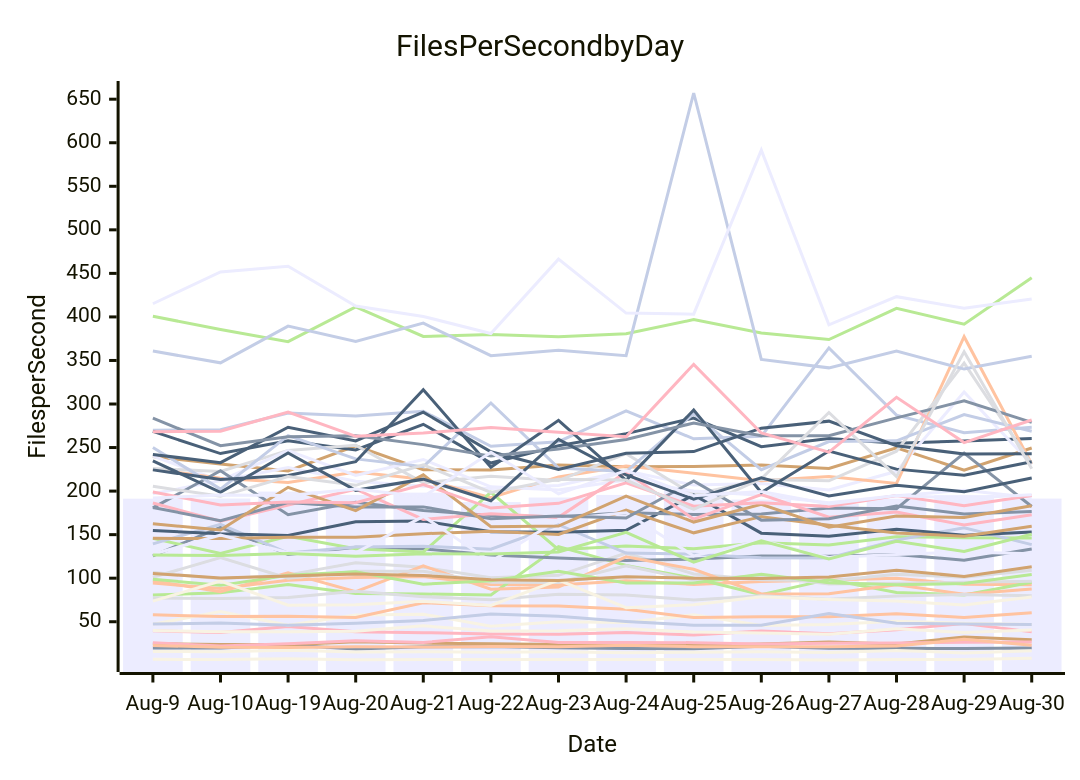
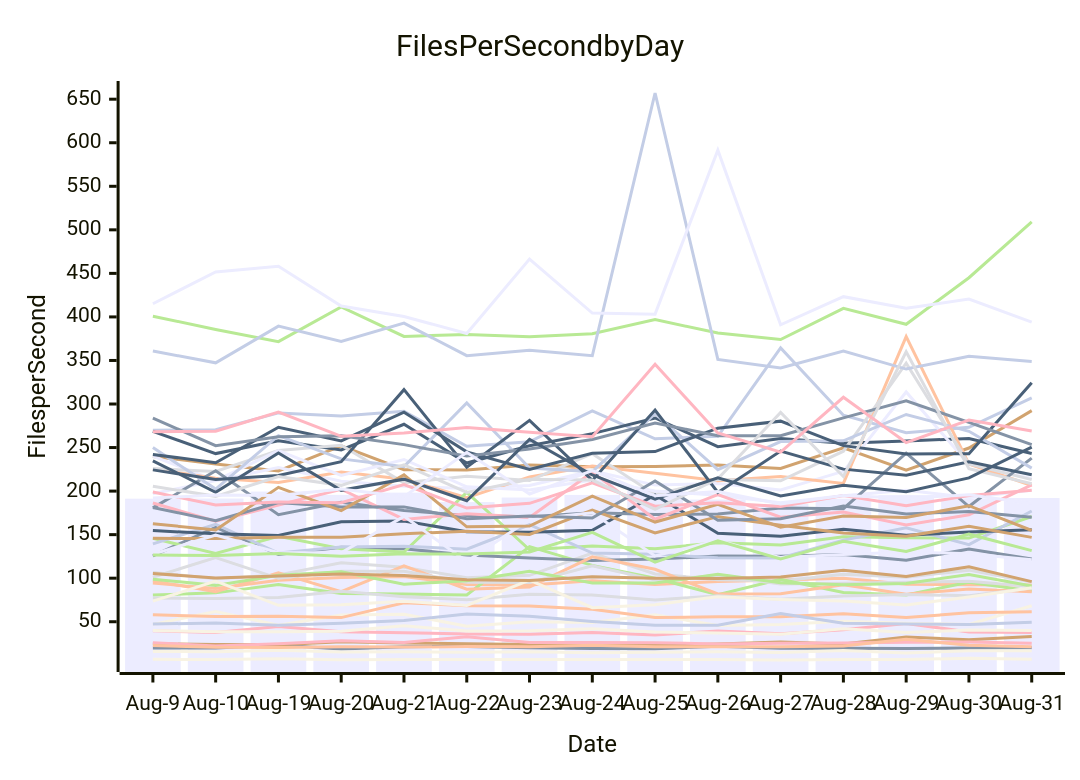
One commit to streetsidesoftware/cspell changed the diagram in perf-report.md. Above: the diagram before and after it, drawn with Mermaid. The commit also changed other lines of this file and 2 other files, not shown here.

````diff
--- a/perf-report.md
+++ b/perf-report.md
@@ -11,57 +11,57 @@
 ```mermaid
 xychart-beta
     title Files Per Second by Day
     y-axis Files per Second
-    x-axis Date [Aug-9, Aug-10, Aug-19, Aug-20, Aug-21, Aug-22, Aug-23, Aug-24, Aug-25, Aug-26, Aug-27, Aug-28, Aug-29, Aug-30]
-    bar [191.27, 191.48, 199.45, 195.67, 198.22, 187.40, 192.61, 195.61, 200.69, 190.24, 185.15, 191.23, 195.37, 191.39]
-    line [19.76, 19.87, 23.15, 18.80, 21.30, 21.70, 20.11, 19.24, 18.97, 21.74, 19.44, 19.50, 19.20, 19.98]
-    line [94.45, 88.13, 97.66, 100.71, 101.93, 92.80, 92.11, 97.07, 92.83, 96.14, 97.78, 99.79, 92.99, 92.61]
-    line [106.66, 99.38, 103.80, 117.71, 112.47, 100.50, 103.30, 128.71, 104.89, 98.28, 96.78, 104.60, 101.13, 109.23]
-    line [80.61, 83.15, 92.81, 82.44, 81.86, 80.75, 136.22, 114.72, 99.92, 81.00, 98.60, 83.62, 80.81, 95.31]
-    line [239.79, 231.09, 223.10, 252.00, 224.60, 224.17, 230.06, 227.93, 228.22, 229.99, 225.97, 249.68, 224.12, 249.45]
-    line [269.81, 270.47, 289.77, 286.14, 291.59, 251.52, 256.69, 292.19, 260.02, 262.94, 364.38, 287.21, 267.07, 273.26]
-    line [39.52, 37.52, 44.46, 38.46, 37.42, 35.96, 35.65, 37.61, 34.82, 39.47, 36.12, 40.86, 48.01, 38.35]
-    line [268.54, 243.09, 257.77, 247.18, 276.72, 232.23, 252.08, 266.01, 283.94, 251.01, 260.27, 254.92, 257.60, 260.42]
-    line [6.78, 6.60, 7.51, 6.38, 6.72, 6.55, 6.77, 6.55, 6.58, 6.64, 6.06, 6.53, 6.57, 8.03]
-    line [240.17, 211.99, 227.00, 211.38, 205.51, 203.10, 206.43, 223.33, 206.89, 208.72, 201.20, 222.72, 313.85, 230.65]
-    line [125.68, 158.27, 127.25, 135.61, 133.76, 126.70, 123.28, 120.42, 121.90, 125.42, 125.26, 127.33, 120.64, 133.49]
-    line [225.24, 214.74, 210.02, 221.88, 213.58, 192.56, 216.27, 228.68, 220.47, 211.98, 216.89, 208.83, 377.28, 231.14]
-    line [225.91, 222.58, 246.74, 252.74, 209.47, 217.12, 212.13, 242.98, 195.81, 213.43, 211.78, 245.83, 346.89, 231.16]
-    line [145.75, 128.32, 148.05, 133.76, 130.09, 198.58, 132.66, 136.89, 133.84, 140.74, 138.14, 147.54, 146.55, 146.02]
-    line [24.65, 23.72, 23.68, 26.94, 25.51, 24.79, 23.76, 23.53, 22.75, 24.32, 26.78, 24.44, 32.43, 29.19]
-    line [139.45, 161.93, 128.87, 135.71, 136.66, 133.36, 161.38, 128.87, 127.62, 123.35, 123.11, 143.71, 157.94, 138.50]
-    line [25.95, 22.03, 24.86, 28.29, 26.21, 32.71, 26.20, 26.09, 26.00, 24.43, 25.37, 25.72, 26.51, 26.59]
-    line [154.75, 150.93, 149.02, 164.86, 165.64, 153.35, 152.64, 155.02, 195.52, 151.70, 148.17, 156.31, 149.39, 153.11]
-    line [15.80, 15.53, 17.25, 15.28, 15.49, 14.84, 15.46, 14.39, 15.01, 15.63, 14.69, 17.08, 14.10, 16.71]
-    line [196.97, 211.99, 246.59, 218.10, 236.31, 204.94, 201.38, 212.81, 200.01, 195.34, 186.50, 194.59, 201.00, 192.78]
-    line [180.75, 223.35, 172.94, 187.16, 177.68, 172.01, 170.49, 175.09, 173.22, 173.59, 180.48, 179.74, 243.56, 182.28]
-    line [96.93, 84.41, 106.12, 84.61, 114.12, 87.31, 89.99, 124.55, 110.24, 81.92, 82.24, 92.49, 81.67, 87.59]
-    line [77.16, 76.75, 77.91, 84.91, 78.76, 75.34, 81.46, 80.77, 74.97, 79.78, 75.90, 79.64, 81.40, 79.85]
-    line [400.74, 385.62, 371.65, 411.46, 377.61, 379.88, 377.18, 380.64, 396.91, 381.52, 374.08, 409.79, 391.59, 445.01]
-    line [145.79, 145.58, 147.10, 147.08, 151.07, 153.94, 150.27, 178.09, 152.08, 170.66, 160.71, 152.01, 148.28, 159.68]
-    line [249.96, 202.34, 263.67, 236.99, 228.06, 301.20, 226.40, 222.40, 289.06, 224.56, 256.87, 257.70, 287.97, 268.68]
-    line [186.27, 165.43, 184.07, 202.12, 167.51, 173.85, 169.85, 221.75, 167.75, 195.90, 170.00, 175.89, 161.05, 172.78]
-    line [224.37, 213.27, 217.89, 233.79, 316.48, 227.32, 281.23, 212.31, 293.11, 198.49, 245.94, 225.24, 218.17, 233.60]
-    line [47.00, 61.84, 45.89, 57.63, 58.67, 44.77, 49.92, 49.06, 57.90, 45.60, 46.71, 50.51, 48.37, 46.85]
-    line [127.47, 149.55, 129.16, 129.10, 170.99, 119.13, 167.47, 175.06, 125.57, 143.51, 123.67, 127.21, 130.16, 128.18]
-    line [181.18, 166.12, 186.93, 181.85, 181.88, 168.34, 171.35, 169.12, 211.70, 166.64, 168.34, 182.86, 173.63, 176.66]
-    line [57.90, 56.15, 56.35, 54.76, 71.89, 68.47, 68.09, 64.39, 54.76, 55.64, 55.71, 59.28, 54.85, 60.20]
-    line [101.07, 123.80, 99.87, 108.06, 107.98, 95.34, 94.96, 114.12, 97.84, 103.09, 93.25, 94.27, 95.28, 96.54]
-    line [98.84, 91.76, 103.43, 107.49, 93.08, 97.11, 107.90, 94.53, 94.47, 104.38, 94.67, 92.38, 93.95, 104.17]
-    line [162.48, 155.40, 204.32, 177.59, 218.64, 159.00, 159.79, 194.26, 164.45, 184.75, 158.60, 171.47, 169.60, 183.25]
-    line [360.76, 347.31, 389.41, 371.89, 392.82, 355.53, 361.83, 355.43, 657.12, 351.25, 341.51, 360.76, 340.11, 354.77]
-    line [198.91, 184.05, 187.41, 186.67, 207.48, 180.49, 185.92, 209.38, 182.67, 186.49, 182.43, 194.97, 183.27, 194.85]
-    line [242.10, 232.62, 273.32, 257.69, 290.62, 245.10, 224.83, 243.49, 245.36, 272.30, 280.33, 252.18, 242.64, 242.97]
-    line [73.60, 96.61, 68.89, 69.48, 73.38, 68.77, 97.84, 66.15, 69.59, 78.77, 75.57, 73.80, 69.15, 78.35]
-    line [415.14, 451.69, 458.22, 412.53, 400.53, 380.98, 466.37, 404.40, 403.18, 591.49, 390.96, 423.25, 409.89, 420.57]
-    line [283.77, 252.09, 262.36, 263.68, 253.37, 240.18, 248.22, 259.20, 278.18, 263.50, 263.68, 284.05, 303.63, 278.91]
-    line [22.84, 20.59, 20.47, 21.22, 20.90, 21.42, 21.40, 22.88, 21.36, 21.22, 21.19, 22.04, 29.75, 23.02]
-    line [205.56, 193.98, 216.67, 206.61, 230.20, 198.53, 213.69, 212.64, 179.07, 214.07, 290.22, 216.81, 359.94, 225.73]
-    line [126.64, 126.17, 128.45, 125.27, 127.94, 127.77, 130.20, 152.67, 118.34, 143.02, 122.15, 142.33, 130.77, 150.54]
-    line [105.46, 100.11, 102.43, 104.89, 103.21, 98.21, 97.36, 101.78, 100.00, 99.58, 101.28, 109.08, 102.06, 113.06]
-    line [47.26, 48.66, 46.00, 48.26, 51.42, 58.83, 56.30, 50.38, 45.97, 45.91, 59.43, 48.16, 47.53, 46.75]
-    line [268.09, 268.70, 290.78, 262.94, 266.60, 272.93, 267.45, 262.37, 345.57, 266.69, 244.68, 307.76, 255.74, 281.64]
-    line [234.76, 198.61, 243.75, 200.90, 213.71, 188.91, 259.37, 218.53, 190.79, 215.33, 194.36, 206.72, 199.24, 215.14]
-    line [39.98, 38.63, 38.64, 39.11, 45.24, 39.50, 39.66, 42.07, 38.23, 36.94, 35.58, 41.81, 37.53, 40.57]
-    line [192.03, 195.48, 194.87, 202.54, 193.62, 244.63, 196.70, 223.56, 194.58, 199.46, 185.25, 194.89, 191.72, 195.81]
+    x-axis Date [Aug-9, Aug-10, Aug-19, Aug-20, Aug-21, Aug-22, Aug-23, Aug-24, Aug-25, Aug-26, Aug-27, Aug-28, Aug-29, Aug-30, Aug-31]
+    bar [191.27, 191.48, 199.45, 195.67, 198.22, 187.40, 192.61, 195.61, 200.69, 190.24, 185.15, 191.23, 195.37, 191.39, 192.02]
+    line [19.76, 19.87, 23.15, 18.80, 21.30, 21.70, 20.11, 19.24, 18.97, 21.74, 19.44, 19.50, 19.20, 19.98, 20.11]
+    line [94.45, 88.13, 97.66, 100.71, 101.93, 92.80, 92.11, 97.07, 92.83, 96.14, 97.78, 99.79, 92.99, 92.61, 92.32]
+    line [106.66, 99.38, 103.80, 117.71, 112.47, 100.50, 103.30, 128.71, 104.89, 98.28, 96.78, 104.60, 101.13, 109.23, 95.45]
+    line [80.61, 83.15, 92.81, 82.44, 81.86, 80.75, 136.22, 114.72, 99.92, 81.00, 98.60, 83.62, 80.81, 95.31, 85.20]
+    line [239.79, 231.09, 223.10, 252.00, 224.60, 224.17, 230.06, 227.93, 228.22, 229.99, 225.97, 249.68, 224.12, 249.45, 292.39]
+    line [269.81, 270.47, 289.77, 286.14, 291.59, 251.52, 256.69, 292.19, 260.02, 262.94, 364.38, 287.21, 267.07, 273.26, 306.93]
+    line [39.52, 37.52, 44.46, 38.46, 37.42, 35.96, 35.65, 37.61, 34.82, 39.47, 36.12, 40.86, 48.01, 38.35, 37.65]
+    line [268.54, 243.09, 257.77, 247.18, 276.72, 232.23, 252.08, 266.01, 283.94, 251.01, 260.27, 254.92, 257.60, 260.42, 243.17]
+    line [6.78, 6.60, 7.51, 6.38, 6.72, 6.55, 6.77, 6.55, 6.58, 6.64, 6.06, 6.53, 6.57, 8.03, 6.79]
+    line [240.17, 211.99, 227.00, 211.38, 205.51, 203.10, 206.43, 223.33, 206.89, 208.72, 201.20, 222.72, 313.85, 230.65, 214.26]
+    line [125.68, 158.27, 127.25, 135.61, 133.76, 126.70, 123.28, 120.42, 121.90, 125.42, 125.26, 127.33, 120.64, 133.49, 121.99]
+    line [225.24, 214.74, 210.02, 221.88, 213.58, 192.56, 216.27, 228.68, 220.47, 211.98, 216.89, 208.83, 377.28, 231.14, 206.45]
+    line [225.91, 222.58, 246.74, 252.74, 209.47, 217.12, 212.13, 242.98, 195.81, 213.43, 211.78, 245.83, 346.89, 231.16, 213.21]
+    line [145.75, 128.32, 148.05, 133.76, 130.09, 198.58, 132.66, 136.89, 133.84, 140.74, 138.14, 147.54, 146.55, 146.02, 170.88]
+    line [24.65, 23.72, 23.68, 26.94, 25.51, 24.79, 23.76, 23.53, 22.75, 24.32, 26.78, 24.44, 32.43, 29.19, 32.91]
+    line [139.45, 161.93, 128.87, 135.71, 136.66, 133.36, 161.38, 128.87, 127.62, 123.35, 123.11, 143.71, 157.94, 138.50, 177.17]
+    line [25.95, 22.03, 24.86, 28.29, 26.21, 32.71, 26.20, 26.09, 26.00, 24.43, 25.37, 25.72, 26.51, 26.59, 25.17]
+    line [154.75, 150.93, 149.02, 164.86, 165.64, 153.35, 152.64, 155.02, 195.52, 151.70, 148.17, 156.31, 149.39, 153.11, 155.75]
+    line [15.80, 15.53, 17.25, 15.28, 15.49, 14.84, 15.46, 14.39, 15.01, 15.63, 14.69, 17.08, 14.10, 16.71, 16.57]
+    line [196.97, 211.99, 246.59, 218.10, 236.31, 204.94, 201.38, 212.81, 200.01, 195.34, 186.50, 194.59, 201.00, 192.78, 201.08]
+    line [180.75, 223.35, 172.94, 187.16, 177.68, 172.01, 170.49, 175.09, 173.22, 173.59, 180.48, 179.74, 243.56, 182.28, 237.89]
+    line [96.93, 84.41, 106.12, 84.61, 114.12, 87.31, 89.99, 124.55, 110.24, 81.92, 82.24, 92.49, 81.67, 87.59, 84.38]
+    line [77.16, 76.75, 77.91, 84.91, 78.76, 75.34, 81.46, 80.77, 74.97, 79.78, 75.90, 79.64, 81.40, 79.85, 88.60]
+    line [400.74, 385.62, 371.65, 411.46, 377.61, 379.88, 377.18, 380.64, 396.91, 381.52, 374.08, 409.79, 391.59, 445.01, 509.04]
+    line [145.79, 145.58, 147.10, 147.08, 151.07, 153.94, 150.27, 178.09, 152.08, 170.66, 160.71, 152.01, 148.28, 159.68, 146.89]
+    line [249.96, 202.34, 263.67, 236.99, 228.06, 301.20, 226.40, 222.40, 289.06, 224.56, 256.87, 257.70, 287.97, 268.68, 226.41]
+    line [186.27, 165.43, 184.07, 202.12, 167.51, 173.85, 169.85, 221.75, 167.75, 195.90, 170.00, 175.89, 161.05, 172.78, 207.09]
+    line [224.37, 213.27, 217.89, 233.79, 316.48, 227.32, 281.23, 212.31, 293.11, 198.49, 245.94, 225.24, 218.17, 233.60, 218.68]
+    line [47.00, 61.84, 45.89, 57.63, 58.67, 44.77, 49.92, 49.06, 57.90, 45.60, 46.71, 50.51, 48.37, 46.85, 68.37]
+    line [127.47, 149.55, 129.16, 129.10, 170.99, 119.13, 167.47, 175.06, 125.57, 143.51, 123.67, 127.21, 130.16, 128.18, 121.29]
+    line [181.18, 166.12, 186.93, 181.85, 181.88, 168.34, 171.35, 169.12, 211.70, 166.64, 168.34, 182.86, 173.63, 176.66, 169.92]
+    line [57.90, 56.15, 56.35, 54.76, 71.89, 68.47, 68.09, 64.39, 54.76, 55.64, 55.71, 59.28, 54.85, 60.20, 61.33]
+    line [101.07, 123.80, 99.87, 108.06, 107.98, 95.34, 94.96, 114.12, 97.84, 103.09, 93.25, 94.27, 95.28, 96.54, 90.56]
+    line [98.84, 91.76, 103.43, 107.49, 93.08, 97.11, 107.90, 94.53, 94.47, 104.38, 94.67, 92.38, 93.95, 104.17, 90.92]
+    line [162.48, 155.40, 204.32, 177.59, 218.64, 159.00, 159.79, 194.26, 164.45, 184.75, 158.60, 171.47, 169.60, 183.25, 154.77]
+    line [360.76, 347.31, 389.41, 371.89, 392.82, 355.53, 361.83, 355.43, 657.12, 351.25, 341.51, 360.76, 340.11, 354.77, 348.81]
+    line [198.91, 184.05, 187.41, 186.67, 207.48, 180.49, 185.92, 209.38, 182.67, 186.49, 182.43, 194.97, 183.27, 194.85, 201.06]
+    line [242.10, 232.62, 273.32, 257.69, 290.62, 245.10, 224.83, 243.49, 245.36, 272.30, 280.33, 252.18, 242.64, 242.97, 324.49]
+    line [73.60, 96.61, 68.89, 69.48, 73.38, 68.77, 97.84, 66.15, 69.59, 78.77, 75.57, 73.80, 69.15, 78.35, 89.02]
+    line [415.14, 451.69, 458.22, 412.53, 400.53, 380.98, 466.37, 404.40, 403.18, 591.49, 390.96, 423.25, 409.89, 420.57, 394.01]
+    line [283.77, 252.09, 262.36, 263.68, 253.37, 240.18, 248.22, 259.20, 278.18, 263.50, 263.68, 284.05, 303.63, 278.91, 253.41]
+    line [22.84, 20.59, 20.47, 21.22, 20.90, 21.42, 21.40, 22.88, 21.36, 21.22, 21.19, 22.04, 29.75, 23.02, 21.29]
+    line [205.56, 193.98, 216.67, 206.61, 230.20, 198.53, 213.69, 212.64, 179.07, 214.07, 290.22, 216.81, 359.94, 225.73, 208.40]
+    line [126.64, 126.17, 128.45, 125.27, 127.94, 127.77, 130.20, 152.67, 118.34, 143.02, 122.15, 142.33, 130.77, 150.54, 131.68]
+    line [105.46, 100.11, 102.43, 104.89, 103.21, 98.21, 97.36, 101.78, 100.00, 99.58, 101.28, 109.08, 102.06, 113.06, 96.04]
+    line [47.26, 48.66, 46.00, 48.26, 51.42, 58.83, 56.30, 50.38, 45.97, 45.91, 59.43, 48.16, 47.53, 46.75, 49.29]
+    line [268.09, 268.70, 290.78, 262.94, 266.60, 272.93, 267.45, 262.37, 345.57, 266.69, 244.68, 307.76, 255.74, 281.64, 268.92]
+    line [234.76, 198.61, 243.75, 200.90, 213.71, 188.91, 259.37, 218.53, 190.79, 215.33, 194.36, 206.72, 199.24, 215.14, 250.48]
+    line [39.98, 38.63, 38.64, 39.11, 45.24, 39.50, 39.66, 42.07, 38.23, 36.94, 35.58, 41.81, 37.53, 40.57, 39.90]
+    line [192.03, 195.48, 194.87, 202.54, 193.62, 244.63, 196.70, 223.56, 194.58, 199.46, 185.25, 194.89, 191.72, 195.81, 185.88]
 ```
````
